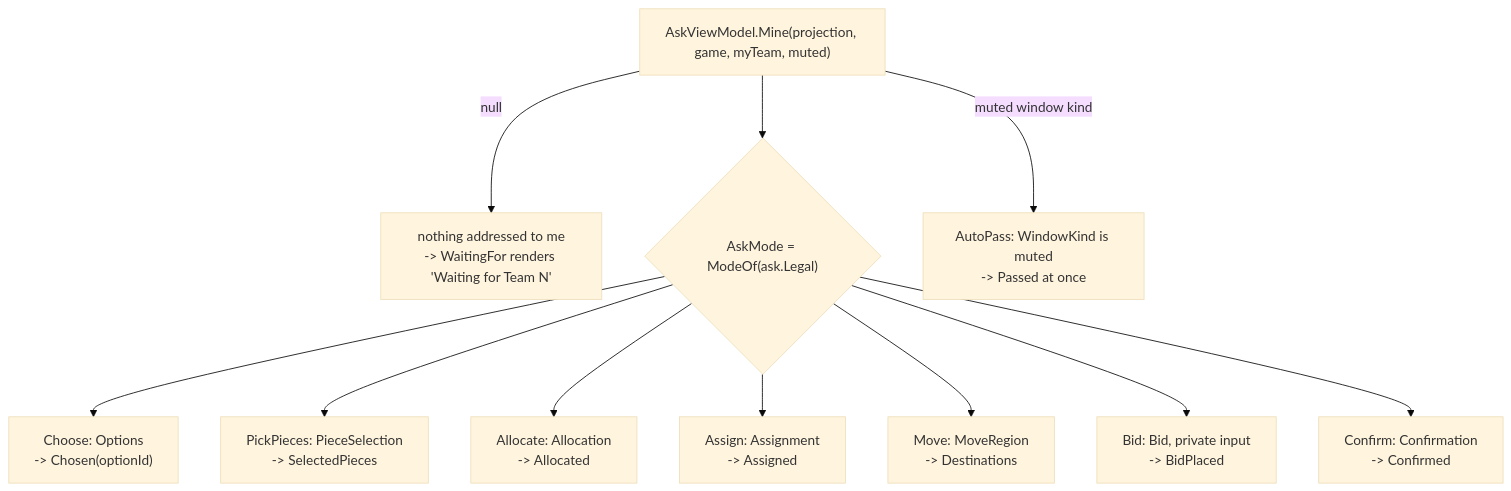
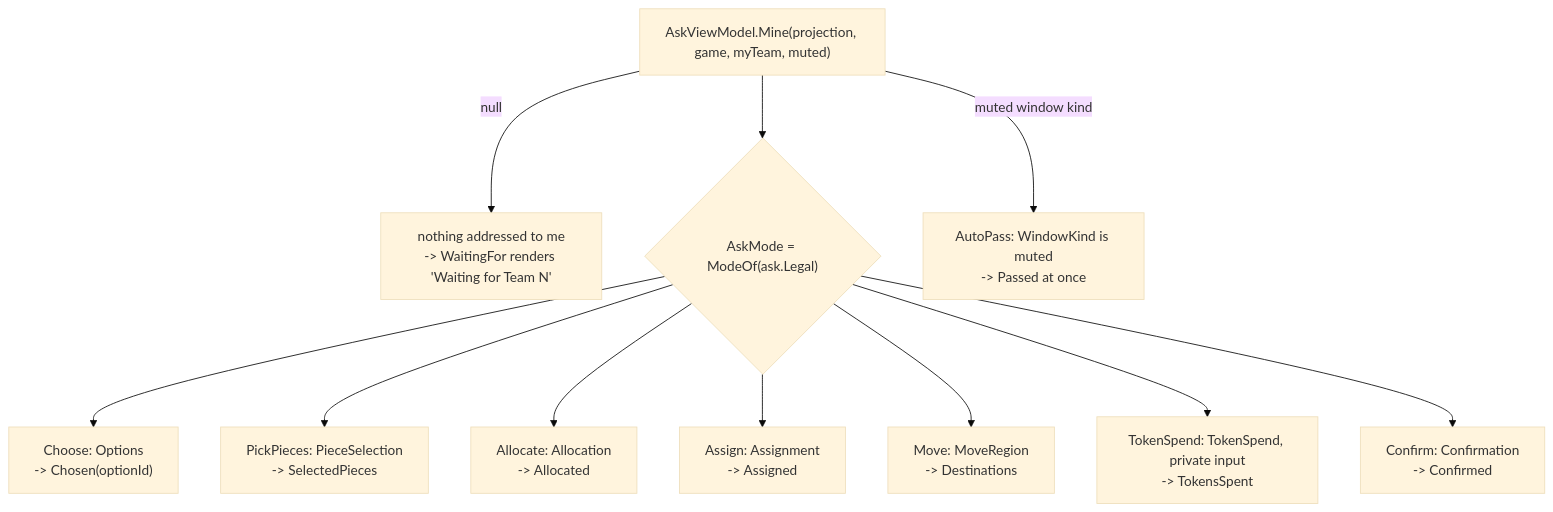
One commit to cstupi/tabletop changed the eighth of 13 diagrams in docs/design/client/design.md. Above: the diagram before and after it, drawn with Mermaid (base theme). The commit also changed other lines of this file and 25 other files, not shown here.

````diff
--- a/docs/design/client/design.md
+++ b/docs/design/client/design.md
@@ -640,25 +650,25 @@
 ```mermaid
 flowchart TD
   mine["AskViewModel.Mine(projection, game, myTeam, muted)"]
   none["nothing addressed to me<br/>-> WaitingFor renders 'Waiting for Team N'"]
   legal{"AskMode = ModeOf(ask.Legal)"}
   choose["Choose: Options<br/>-> Chosen(optionId)"]
   pick["PickPieces: PieceSelection<br/>-> SelectedPieces"]
   alloc["Allocate: Allocation<br/>-> Allocated"]
   assign["Assign: Assignment<br/>-> Assigned"]
   move["Move: MoveRegion<br/>-> Destinations"]
-  bid["Bid: Bid, private input<br/>-> BidPlaced"]
+  spend["TokenSpend: TokenSpend, private input<br/>-> TokensSpent"]
   confirm["Confirm: Confirmation<br/>-> Confirmed"]
   autopass["AutoPass: WindowKind is muted<br/>-> Passed at once"]
 
   mine -- "null" --> none
   mine -- "muted window kind" --> autopass
   mine --> legal
   legal --> choose
   legal --> pick
   legal --> alloc
   legal --> assign
   legal --> move
-  legal --> bid
+  legal --> spend
   legal --> confirm
 ```
````
